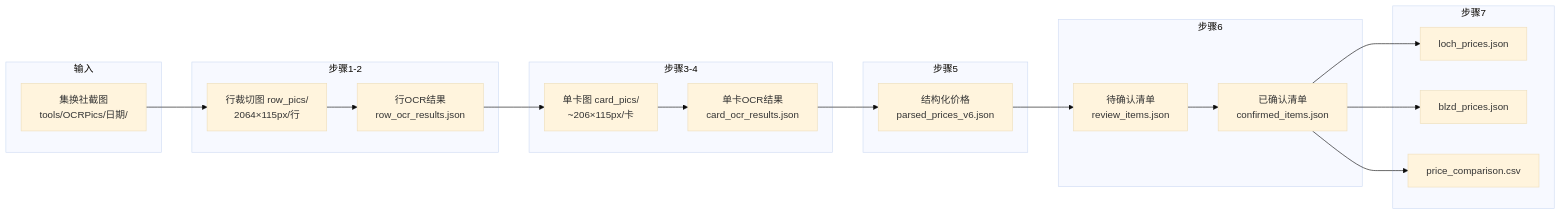
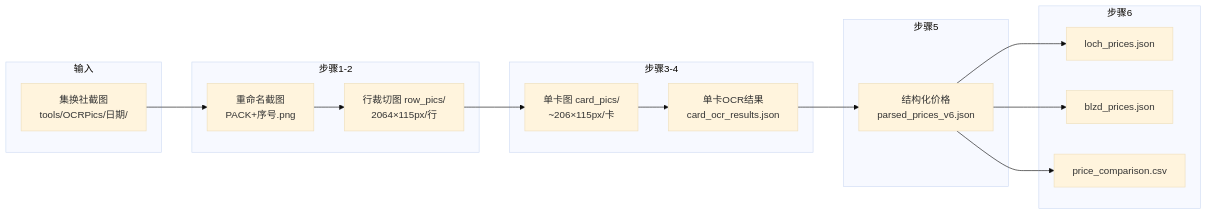
The fourth of 5 diagrams in docs/TOOLS.md (SnowCastorice/YGOCardGame), drawn with Mermaid (base theme) before and after one commit. The commit also changed other lines of this file and 4 other files, not shown here.

````diff
--- a/docs/TOOLS.md
+++ b/docs/TOOLS.md
@@ -312,30 +309,25 @@
 ```mermaid
 flowchart LR
     subgraph 输入
         S["集换社截图<br>tools/OCRPics/日期/"]
     end
     subgraph 步骤1-2
+        RN["重命名截图<br>PACK+序号.png"]
         R["行裁切图 row_pics/<br>2064×115px/行"]
-        RO["行OCR结果<br>row_ocr_results.json"]
     end
     subgraph 步骤3-4
         CP["单卡图 card_pics/<br>~206×115px/卡"]
         CO["单卡OCR结果<br>card_ocr_results.json"]
     end
     subgraph 步骤5
         PP["结构化价格<br>parsed_prices_v6.json"]
     end
     subgraph 步骤6
-        RI["待确认清单<br>review_items.json"]
-        CI["已确认清单<br>confirmed_items.json"]
-    end
-    subgraph 步骤7
         LP["loch_prices.json"]
         BP["blzd_prices.json"]
         CSV["price_comparison.csv"]
     end
-    S --> R --> RO --> CP --> CO --> PP --> RI
-    RI --> CI --> LP
-    CI --> BP
-    CI --> CSV
+    S --> RN --> R --> CP --> CO --> PP --> LP
+    PP --> BP
+    PP --> CSV
 ```
````
